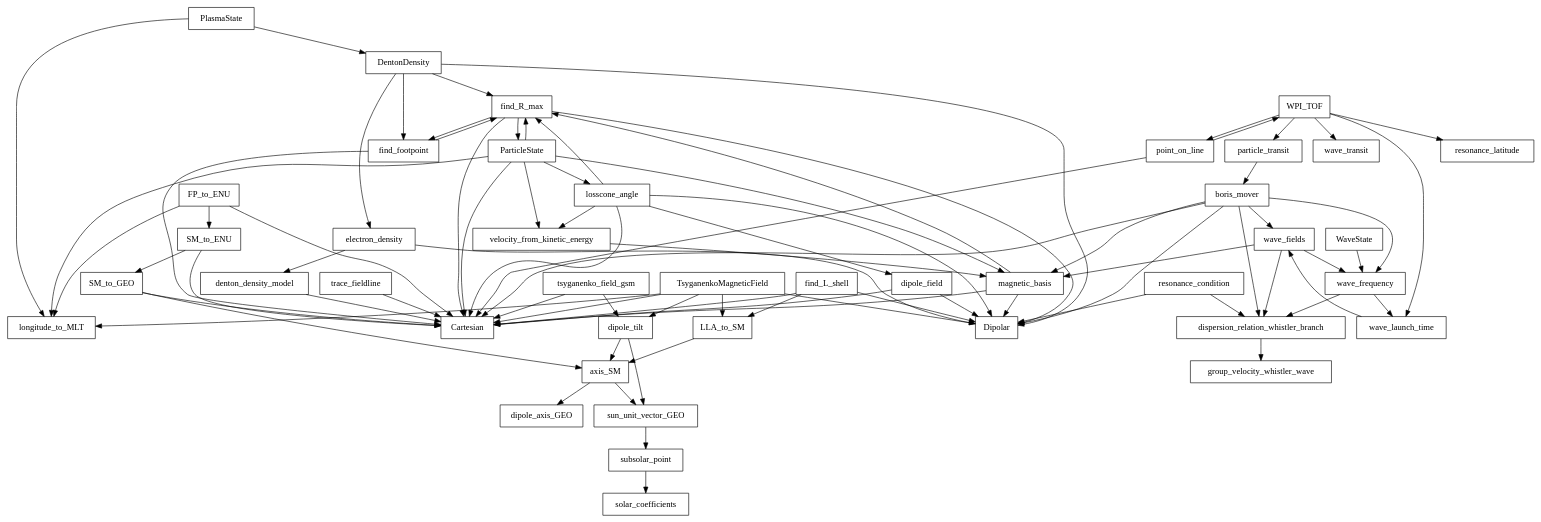
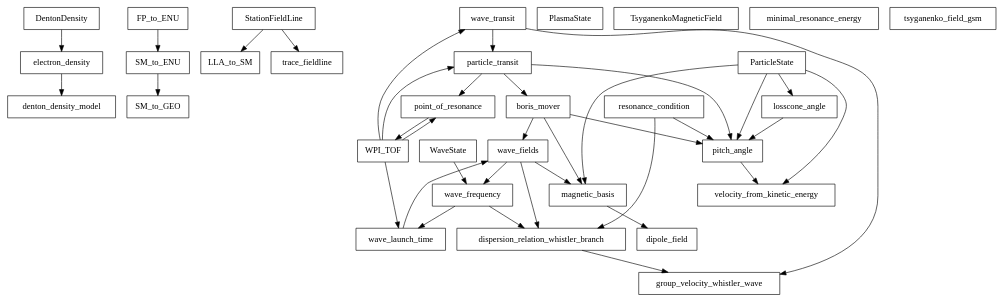
Before and after one commit to AnettTh/PsAURORA.jl: the diagram in callgraph.dot, drawn with Graphviz. The commit also changed 1 other file, not shown here.

```diff
--- a/callgraph.dot
+++ b/callgraph.dot
@@ -1,124 +1,69 @@
 digraph G { rankdir=TB; node [shape=box];
-  "Cartesian";
   "DentonDensity";
-  "Dipolar";
   "FP_to_ENU";
   "LLA_to_SM";
   "ParticleState";
   "PlasmaState";
   "SM_to_ENU";
   "SM_to_GEO";
+  "StationFieldLine";
   "TsyganenkoMagneticField";
   "WPI_TOF";
   "WaveState";
-  "axis_SM";
   "boris_mover";
   "denton_density_model";
-  "dipole_axis_GEO";
   "dipole_field";
-  "dipole_tilt";
   "dispersion_relation_whistler_branch";
   "electron_density";
-  "find_L_shell";
-  "find_R_max";
-  "find_footpoint";
   "group_velocity_whistler_wave";
-  "longitude_to_MLT";
   "losscone_angle";
   "magnetic_basis";
+  "minimal_resonance_energy";
   "particle_transit";
-  "point_on_line";
+  "pitch_angle";
+  "point_of_resonance";
   "resonance_condition";
-  "resonance_latitude";
-  "solar_coefficients";
-  "subsolar_point";
-  "sun_unit_vector_GEO";
   "trace_fieldline";
   "tsyganenko_field_gsm";
   "velocity_from_kinetic_energy";
   "wave_fields";
   "wave_frequency";
   "wave_launch_time";
   "wave_transit";
-  "DentonDensity" -> "Dipolar";
   "DentonDensity" -> "electron_density";
-  "DentonDensity" -> "find_R_max";
-  "DentonDensity" -> "find_footpoint";
-  "FP_to_ENU" -> "Cartesian";
   "FP_to_ENU" -> "SM_to_ENU";
-  "FP_to_ENU" -> "longitude_to_MLT";
-  "LLA_to_SM" -> "axis_SM";
-  "ParticleState" -> "Cartesian";
-  "ParticleState" -> "find_R_max";
-  "ParticleState" -> "longitude_to_MLT";
   "ParticleState" -> "losscone_angle";
   "ParticleState" -> "magnetic_basis";
+  "ParticleState" -> "pitch_angle";
   "ParticleState" -> "velocity_from_kinetic_energy";
-  "PlasmaState" -> "DentonDensity";
-  "PlasmaState" -> "longitude_to_MLT";
-  "SM_to_ENU" -> "Cartesian";
   "SM_to_ENU" -> "SM_to_GEO";
-  "SM_to_GEO" -> "Cartesian";
-  "SM_to_GEO" -> "axis_SM";
-  "TsyganenkoMagneticField" -> "Cartesian";
-  "TsyganenkoMagneticField" -> "Dipolar";
-  "TsyganenkoMagneticField" -> "LLA_to_SM";
-  "TsyganenkoMagneticField" -> "dipole_tilt";
-  "TsyganenkoMagneticField" -> "longitude_to_MLT";
+  "StationFieldLine" -> "LLA_to_SM";
+  "StationFieldLine" -> "trace_fieldline";
   "WPI_TOF" -> "particle_transit";
-  "WPI_TOF" -> "point_on_line";
-  "WPI_TOF" -> "resonance_latitude";
+  "WPI_TOF" -> "point_of_resonance";
   "WPI_TOF" -> "wave_launch_time";
   "WPI_TOF" -> "wave_transit";
   "WaveState" -> "wave_frequency";
-  "axis_SM" -> "dipole_axis_GEO";
-  "axis_SM" -> "sun_unit_vector_GEO";
-  "boris_mover" -> "Cartesian";
-  "boris_mover" -> "Dipolar";
-  "boris_mover" -> "dispersion_relation_whistler_branch";
   "boris_mover" -> "magnetic_basis";
+  "boris_mover" -> "pitch_angle";
   "boris_mover" -> "wave_fields";
-  "boris_mover" -> "wave_frequency";
-  "denton_density_model" -> "Cartesian";
-  "dipole_field" -> "Cartesian";
-  "dipole_field" -> "Dipolar";
-  "dipole_tilt" -> "axis_SM";
-  "dipole_tilt" -> "sun_unit_vector_GEO";
   "dispersion_relation_whistler_branch" -> "group_velocity_whistler_wave";
-  "electron_density" -> "Dipolar";
   "electron_density" -> "denton_density_model";
-  "find_L_shell" -> "Cartesian";
-  "find_L_shell" -> "Dipolar";
-  "find_L_shell" -> "LLA_to_SM";
-  "find_R_max" -> "Cartesian";
-  "find_R_max" -> "Dipolar";
-  "find_R_max" -> "ParticleState";
-  "find_R_max" -> "find_footpoint";
-  "find_footpoint" -> "Cartesian";
-  "find_footpoint" -> "find_R_max";
-  "losscone_angle" -> "Cartesian";
-  "losscone_angle" -> "Dipolar";
-  "losscone_angle" -> "dipole_field";
-  "losscone_angle" -> "find_R_max";
-  "losscone_angle" -> "velocity_from_kinetic_energy";
-  "magnetic_basis" -> "Cartesian";
-  "magnetic_basis" -> "Dipolar";
-  "magnetic_basis" -> "find_R_max";
+  "losscone_angle" -> "pitch_angle";
+  "magnetic_basis" -> "dipole_field";
   "particle_transit" -> "boris_mover";
-  "point_on_line" -> "Cartesian";
-  "point_on_line" -> "WPI_TOF";
-  "resonance_condition" -> "Dipolar";
+  "particle_transit" -> "pitch_angle";
+  "particle_transit" -> "point_of_resonance";
+  "pitch_angle" -> "velocity_from_kinetic_energy";
+  "point_of_resonance" -> "WPI_TOF";
   "resonance_condition" -> "dispersion_relation_whistler_branch";
-  "subsolar_point" -> "solar_coefficients";
-  "sun_unit_vector_GEO" -> "subsolar_point";
-  "trace_fieldline" -> "Cartesian";
-  "tsyganenko_field_gsm" -> "Cartesian";
-  "tsyganenko_field_gsm" -> "dipole_tilt";
-  "velocity_from_kinetic_energy" -> "magnetic_basis";
+  "resonance_condition" -> "pitch_angle";
   "wave_fields" -> "dispersion_relation_whistler_branch";
   "wave_fields" -> "magnetic_basis";
   "wave_fields" -> "wave_frequency";
   "wave_frequency" -> "dispersion_relation_whistler_branch";
   "wave_frequency" -> "wave_launch_time";
   "wave_launch_time" -> "wave_fields";
+  "wave_transit" -> "group_velocity_whistler_wave";
+  "wave_transit" -> "particle_transit";
 }
```
